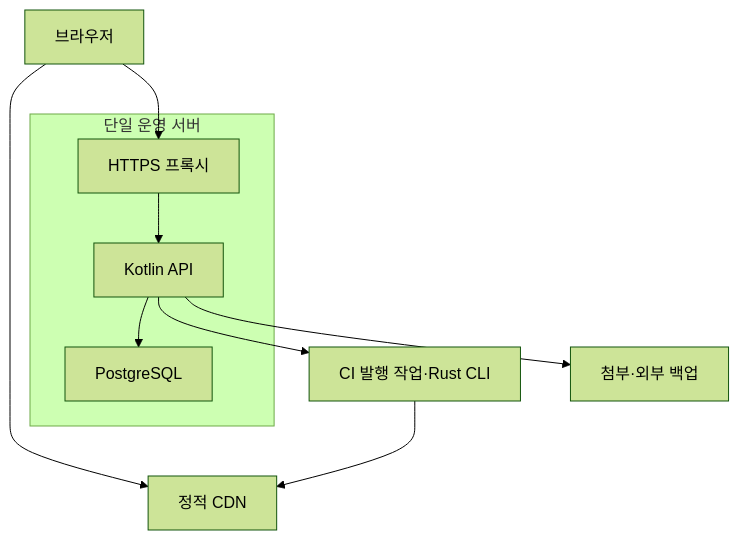
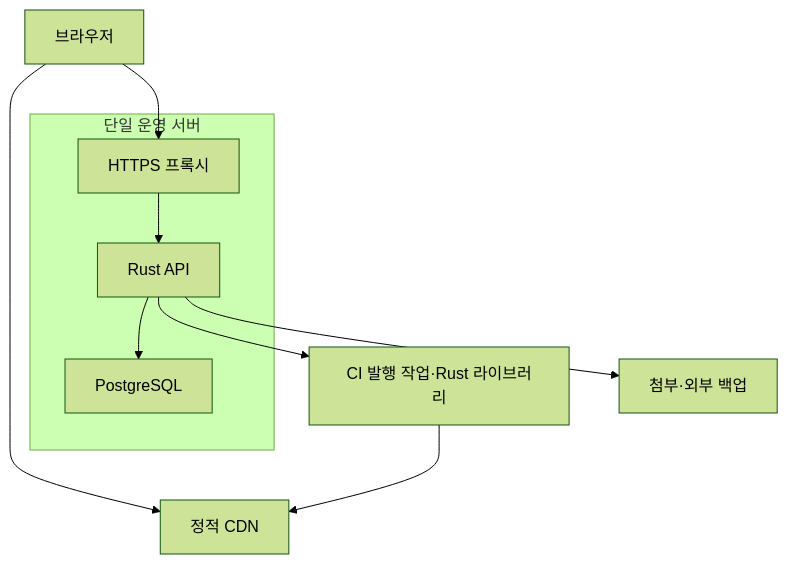
Before and after one commit to croppedeyebrow/DataGrizzly_Home: the diagram in docs/05_diagrams/06_infrastructure.md, drawn with Mermaid (forest theme). The commit also changed 206 other files, not shown here.

````diff
--- a/docs/05_diagrams/06_infrastructure.md
+++ b/docs/05_diagrams/06_infrastructure.md
@@ -3,12 +3,12 @@
 ```mermaid
 flowchart TD
  B[브라우저] --> CDN[정적 CDN]
  B --> PX[HTTPS 프록시]
  subgraph HOST[단일 운영 서버]
- PX --> API[Kotlin API]
+ PX --> API[Rust API]
  API --> DB[PostgreSQL]
  end
- API --> JOB[CI 발행 작업·Rust CLI]
+ API --> JOB[CI 발행 작업·Rust 라이브러리]
  JOB --> CDN
  API --> OBJ[첨부·외부 백업]
 ```
````
